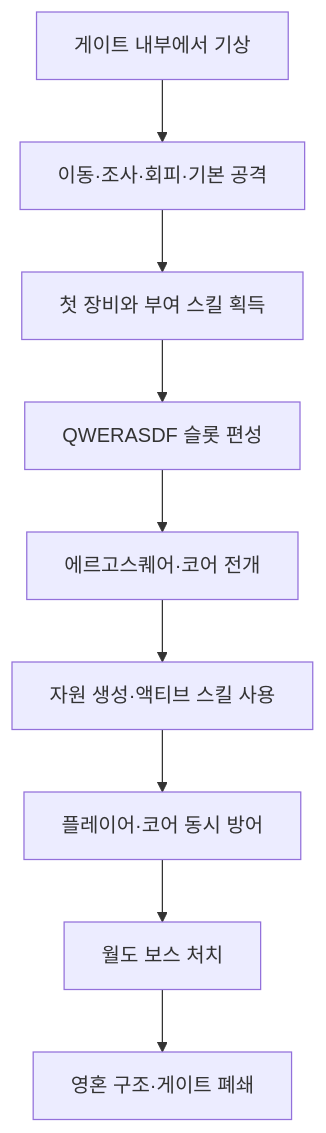
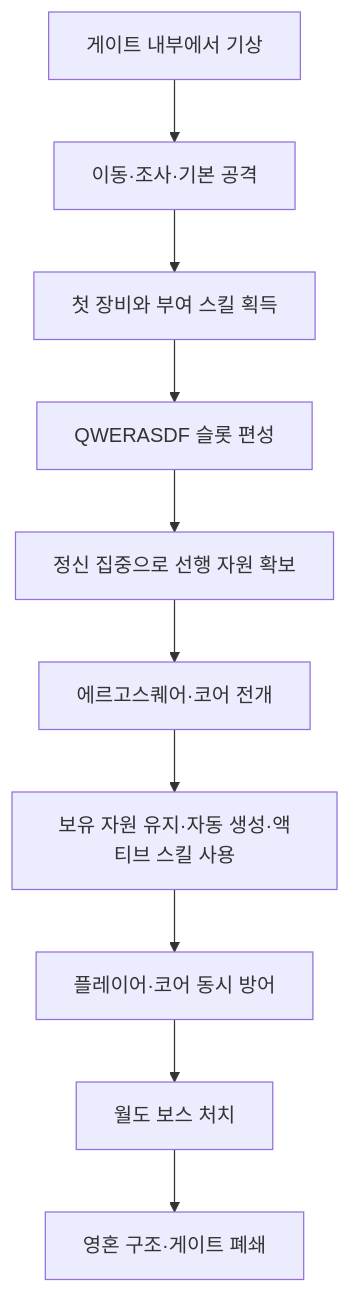
Before and after one commit to SongYeChan1024/Document_ERGOSQUARE-ARCHITECT: the diagram in 01_게임_기획/01_핵심_플레이/README.md, drawn with Mermaid. The commit also changed other lines of this file and 32 other files, not shown here.

````diff
--- a/01_게임_기획/01_핵심_플레이/README.md
+++ b/01_게임_기획/01_핵심_플레이/README.md
@@ -51,11 +52,12 @@
 ```mermaid
 flowchart TD
-    A[게이트 내부에서 기상] --> B[이동·조사·회피·기본 공격]
+    A[게이트 내부에서 기상] --> B[이동·조사·기본 공격]
     B --> C[첫 장비와 부여 스킬 획득]
     C --> D[QWERASDF 슬롯 편성]
-    D --> E[에르고스퀘어·코어 전개]
-    E --> F[자원 생성·액티브 스킬 사용]
+    D --> E[정신 집중으로 선행 자원 확보]
+    E --> J[에르고스퀘어·코어 전개]
+    J --> F[보유 자원 유지·자동 생성·액티브 스킬 사용]
     F --> G[플레이어·코어 동시 방어]
     G --> H[월도 보스 처치]
     H --> I[영혼 구조·게이트 폐쇄]
 ```
````
